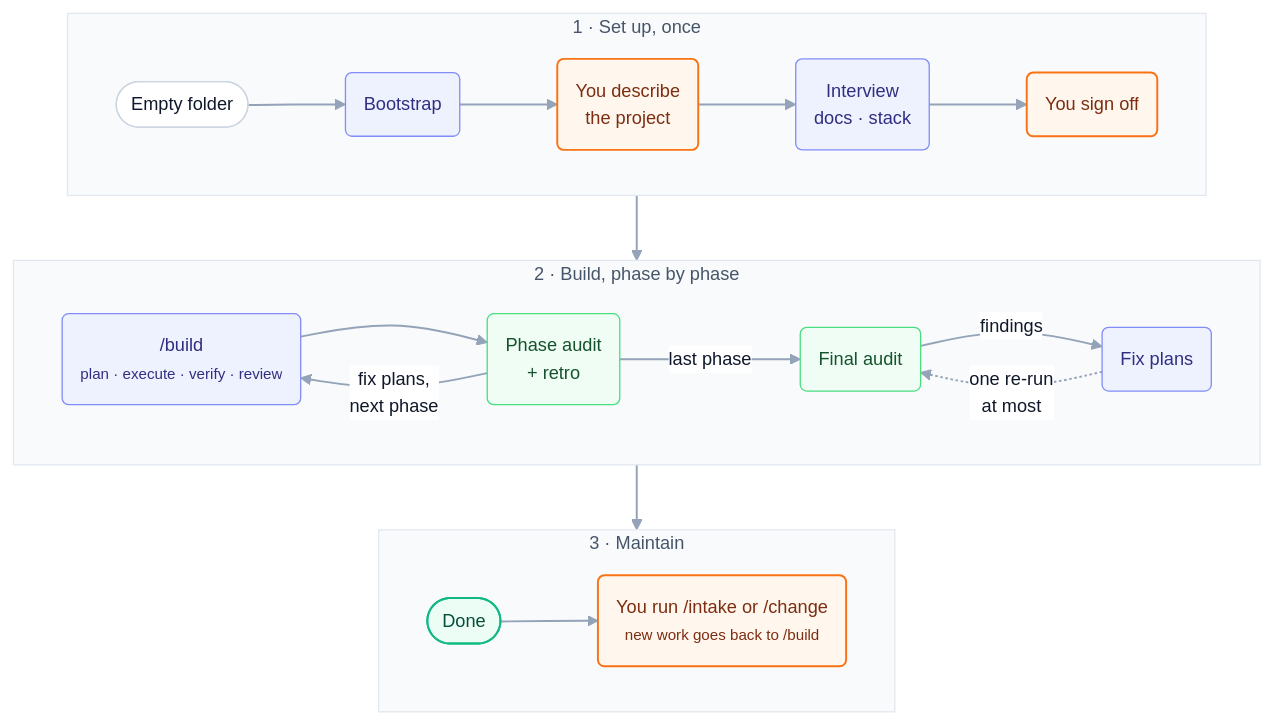
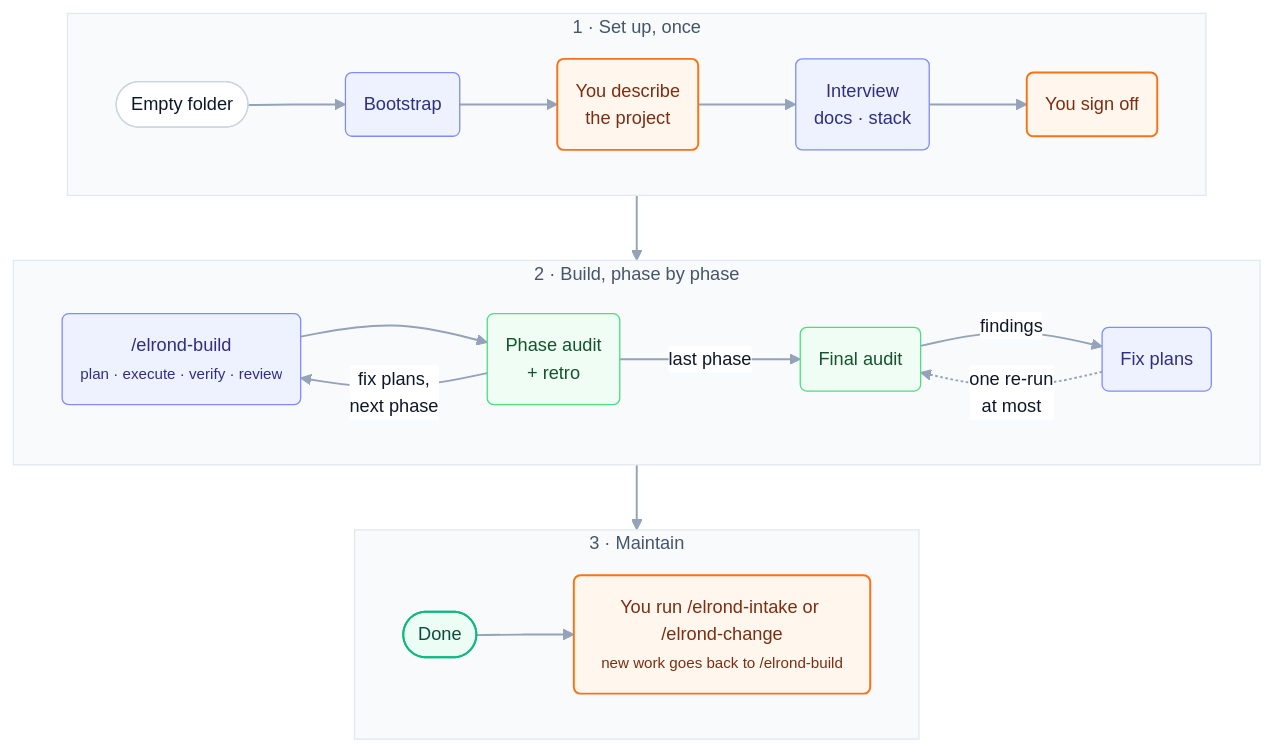
The first of 8 diagrams in elrond/README.md (llunde/lelstack), drawn with Mermaid before and after one commit. The commit also changed other lines of this file and 17 other files, not shown here.

Commit message:
chore(elrond): prefix commands and review skill with elrond-

````diff
--- a/elrond/README.md
+++ b/elrond/README.md
@@ -11,38 +11,38 @@
 ```mermaid
 %%{init: {"fontFamily": "-apple-system, BlinkMacSystemFont, Segoe UI, Helvetica, Arial, sans-serif", "theme": "base", "themeVariables": {"fontFamily": "-apple-system, BlinkMacSystemFont, Segoe UI, Helvetica, Arial, sans-serif", "fontSize": "14px", "primaryColor": "#FFFFFF", "primaryBorderColor": "#CBD5E1", "primaryTextColor": "#0F172A", "lineColor": "#94A3B8", "clusterBkg": "#F8FAFC", "clusterBorder": "#E2E8F0", "edgeLabelBackground": "#FFFFFF", "tertiaryColor": "#F8FAFC"}, "flowchart": {"curve": "basis", "padding": 14}}}%%
 flowchart TD
     subgraph SETUP["1 · Set up, once"]
         direction LR
         A(["Empty folder"]) --> B("Bootstrap") --> C("You describe<br/>the project") --> D("Interview<br/>docs · stack") --> E("You sign off")
     end
     subgraph BUILD["2 · Build, phase by phase"]
         direction LR
-        F("/build<br/><small>plan · execute · verify · review</small>") --> G("Phase audit<br/>+ retro")
+        F("/elrond-build<br/><small>plan · execute · verify · review</small>") --> G("Phase audit<br/>+ retro")
         G -->|"fix plans,<br/>next phase"| F
         G -->|last phase| J("Final audit")
         J -->|findings| K("Fix plans")
         K -.->|"one re-run<br/>at most"| J
     end
     subgraph MAINT["3 · Maintain"]
         direction LR
-        L(["Done"]) --> M("You run /intake or /change<br/><small>new work goes back to /build</small>")
+        L(["Done"]) --> M("You run /elrond-intake or /elrond-change<br/><small>new work goes back to /elrond-build</small>")
     end
     SETUP --> BUILD --> MAINT
 
     classDef default fill:#FFFFFF,stroke:#CBD5E1,stroke-width:1px,color:#0F172A
     classDef you fill:#FFF7ED,stroke:#F97316,stroke-width:1.5px,color:#7C2D12
     classDef agent fill:#EEF2FF,stroke:#818CF8,stroke-width:1px,color:#312E81
     classDef check fill:#F0FDF4,stroke:#4ADE80,stroke-width:1px,color:#14532D
     classDef git fill:#FAF5FF,stroke:#C084FC,stroke-width:1px,color:#581C87
     classDef stop fill:#FEF2F2,stroke:#F87171,stroke-width:1px,color:#7F1D1D
     classDef done fill:#ECFDF5,stroke:#10B981,stroke-width:1.5px,color:#064E3B
     classDef lead fill:#312E81,stroke:#312E81,stroke-width:1px,color:#FFFFFF
     linkStyle default stroke-width:1.5px
     class C,E,M you
     class B,D,F,K agent
     class G,J check
     class L done
     style SETUP fill:#F8FAFC,stroke:#E2E8F0,color:#475569
     style BUILD fill:#F8FAFC,stroke:#E2E8F0,color:#475569
     style MAINT fill:#F8FAFC,stroke:#E2E8F0,color:#475569
 ```
````
